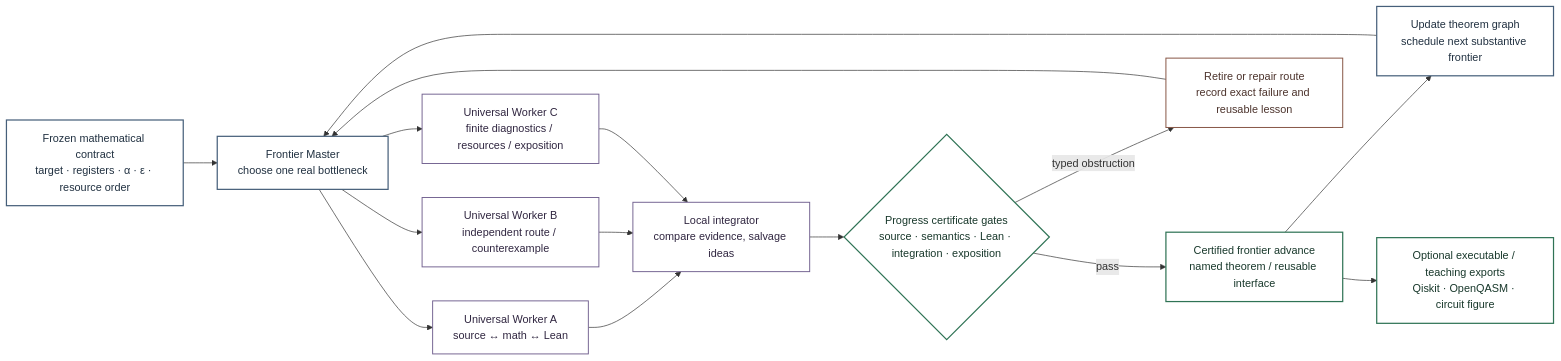
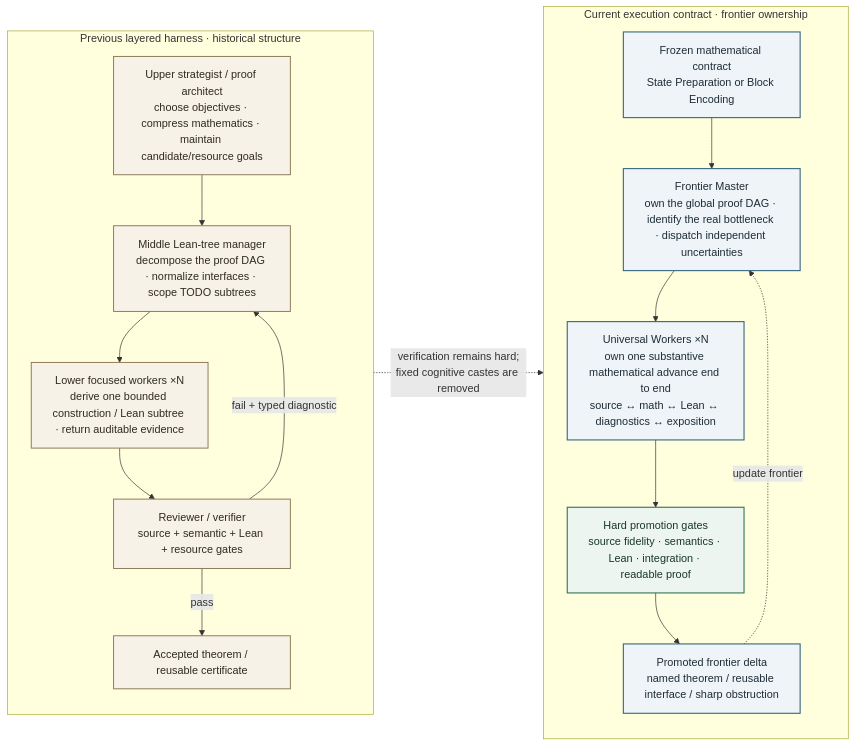
The diagram in website/diagrams/candidate-lifecycle.mmd (DakeBU/Quantum-Computing-Block-Encoding), drawn with Mermaid before and after one commit.

Commit message:
Show previous and current ASPBE harness structures

```diff
--- a/website/diagrams/candidate-lifecycle.mmd
+++ b/website/diagrams/candidate-lifecycle.mmd
@@ -1,28 +1,32 @@
 flowchart LR
-  T["Frozen mathematical contract<br/>target · registers · α · ε · resource order"] --> M["Frontier Master<br/>choose one real bottleneck"]
+  subgraph PREV["Previous layered harness · historical structure"]
+    direction TB
+    U["Upper strategist / proof architect<br/>choose objectives · compress mathematics · maintain candidate/resource goals"]
+    M["Middle Lean-tree manager<br/>decompose the proof DAG · normalize interfaces · scope TODO subtrees"]
+    L["Lower focused workers ×N<br/>derive one bounded construction / Lean subtree · return auditable evidence"]
+    R["Reviewer / verifier<br/>source + semantic + Lean + resource gates"]
+    A["Accepted theorem / reusable certificate"]
+    U --> M --> L --> R
+    R -- "pass" --> A
+    R -- "fail + typed diagnostic" --> M
+  end
 
-  M --> W1["Universal Worker A<br/>source ↔ math ↔ Lean"]
-  M --> W2["Universal Worker B<br/>independent route / counterexample"]
-  M --> W3["Universal Worker C<br/>finite diagnostics / resources / exposition"]
+  subgraph CURR["Current execution contract · frontier ownership"]
+    direction TB
+    C["Frozen mathematical contract<br/>State Preparation or Block Encoding"]
+    F["Frontier Master<br/>own the global proof DAG · identify the real bottleneck · dispatch independent uncertainties"]
+    W["Universal Workers ×N<br/>own one substantive mathematical advance end to end<br/>source ↔ math ↔ Lean ↔ diagnostics ↔ exposition"]
+    G["Hard promotion gates<br/>source fidelity · semantics · Lean · integration · readable proof"]
+    P["Promoted frontier delta<br/>named theorem / reusable interface / sharp obstruction"]
+    C --> F --> W --> G --> P
+    P -. "update frontier" .-> F
+  end
 
-  W1 --> I["Local integrator<br/>compare evidence, salvage ideas"]
-  W2 --> I
-  W3 --> I
+  R -. "verification remains hard;<br/>fixed cognitive castes are removed" .-> G
 
-  I --> G{"Progress certificate gates<br/>source · semantics · Lean · integration · exposition"}
-  G -- "pass" --> C["Certified frontier advance<br/>named theorem / reusable interface"]
-  G -- "typed obstruction" --> O["Retire or repair route<br/>record exact failure and reusable lesson"]
-  O --> M
-  C --> N["Update theorem graph<br/>schedule next substantive frontier"]
-  N --> M
-
-  C --> E["Optional executable / teaching exports<br/>Qiskit · OpenQASM · circuit figure"]
-
-  classDef master fill:#ffffff,stroke:#465f7a,color:#203040,stroke-width:1.8px;
-  classDef worker fill:#ffffff,stroke:#71608f,color:#302640,stroke-width:1.4px;
-  classDef proof fill:#ffffff,stroke:#2f7355,color:#18382b,stroke-width:1.8px;
-  classDef fail fill:#ffffff,stroke:#8a5a4a,color:#4c332c,stroke-width:1.5px;
-  class T,M,N master;
-  class W1,W2,W3,I worker;
-  class G,C,E proof;
-  class O fail;
+  classDef old fill:#f7f2e8,stroke:#8b7654,color:#2f2a22,stroke-width:1.4px;
+  classDef current fill:#eef4f7,stroke:#35657d,color:#1e2c36,stroke-width:1.6px;
+  classDef gate fill:#edf5f1,stroke:#2f7355,color:#18382b,stroke-width:1.6px;
+  class U,M,L,R,A old;
+  class C,F,W,P current;
+  class G gate;
```
